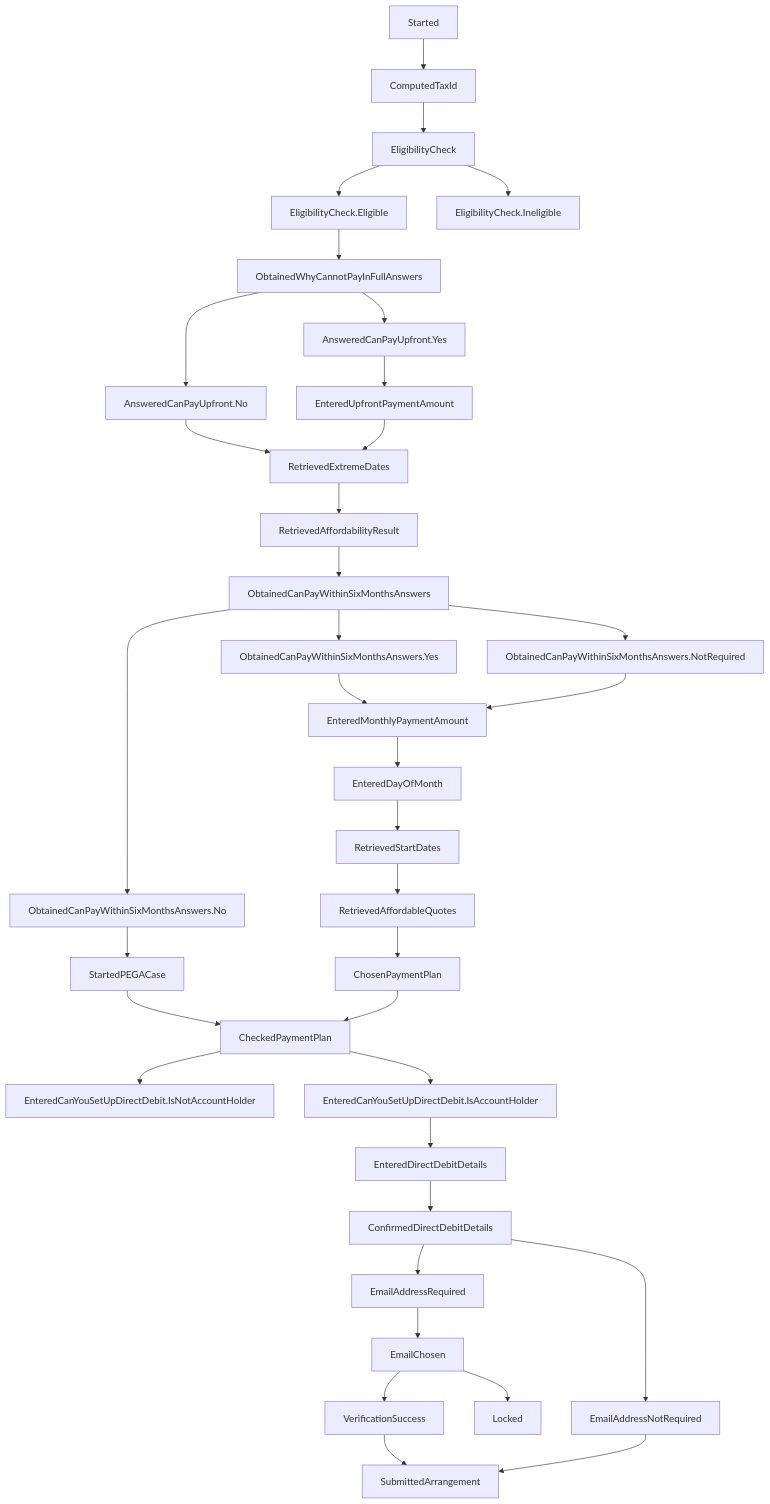
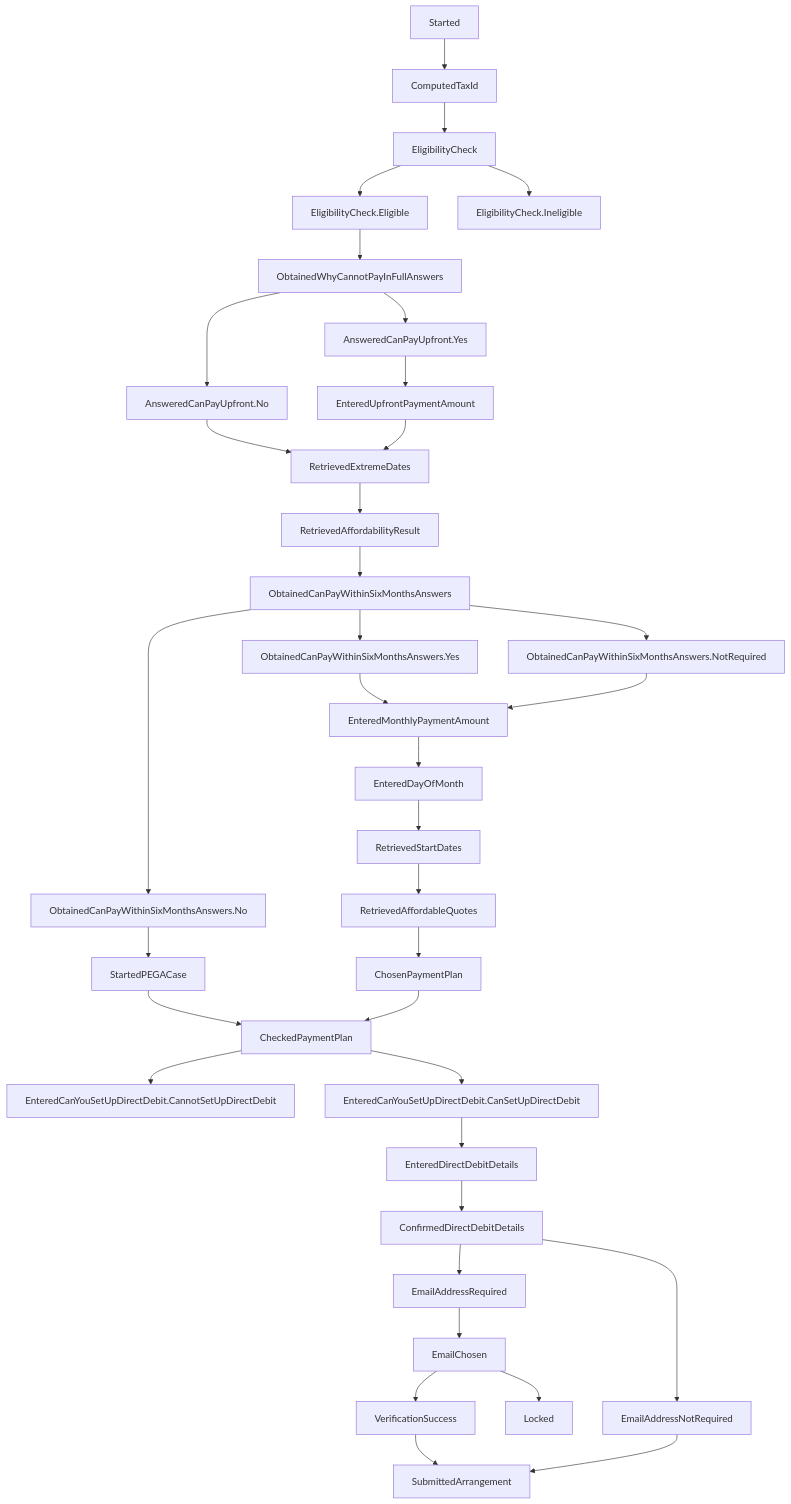
One commit to hmrc/essttp-backend changed the diagram in README.md. Above: the diagram before and after it, drawn with Mermaid.

Commit message:
[KN][OPS-12250] README

````diff
--- a/README.md
+++ b/README.md
@@ -38,37 +38,37 @@
 ```mermaid
 graph TD;
     Started --> ComputedTaxId;
     ComputedTaxId --> EligibilityCheck;
     EligibilityCheck --> EligibilityCheck.Eligible;
     EligibilityCheck --> EligibilityCheck.Ineligible;
     EligibilityCheck.Eligible --> ObtainedWhyCannotPayInFullAnswers;
     ObtainedWhyCannotPayInFullAnswers --> AnsweredCanPayUpfront.Yes;
     ObtainedWhyCannotPayInFullAnswers --> AnsweredCanPayUpfront.No;
     AnsweredCanPayUpfront.No --> RetrievedExtremeDates;
     AnsweredCanPayUpfront.Yes --> EnteredUpfrontPaymentAmount --> RetrievedExtremeDates;
     RetrievedExtremeDates --> RetrievedAffordabilityResult;
     RetrievedAffordabilityResult --> ObtainedCanPayWithinSixMonthsAnswers;
     ObtainedCanPayWithinSixMonthsAnswers --> ObtainedCanPayWithinSixMonthsAnswers.Yes;
     ObtainedCanPayWithinSixMonthsAnswers --> ObtainedCanPayWithinSixMonthsAnswers.No;
     ObtainedCanPayWithinSixMonthsAnswers --> ObtainedCanPayWithinSixMonthsAnswers.NotRequired;
     ObtainedCanPayWithinSixMonthsAnswers.Yes --> EnteredMonthlyPaymentAmount;
     ObtainedCanPayWithinSixMonthsAnswers.No --> StartedPEGACase;
     StartedPEGACase --> CheckedPaymentPlan;
     ObtainedCanPayWithinSixMonthsAnswers.NotRequired --> EnteredMonthlyPaymentAmount;
     EnteredMonthlyPaymentAmount --> EnteredDayOfMonth;
     EnteredDayOfMonth --> RetrievedStartDates;
     RetrievedStartDates --> RetrievedAffordableQuotes;
     RetrievedAffordableQuotes --> ChosenPaymentPlan;
     ChosenPaymentPlan --> CheckedPaymentPlan;
-    CheckedPaymentPlan --> EnteredCanYouSetUpDirectDebit.IsNotAccountHolder;
-    CheckedPaymentPlan --> EnteredCanYouSetUpDirectDebit.IsAccountHolder;
-    EnteredCanYouSetUpDirectDebit.IsAccountHolder --> EnteredDirectDebitDetails;
+    CheckedPaymentPlan --> EnteredCanYouSetUpDirectDebit.CannotSetUpDirectDebit;
+    CheckedPaymentPlan --> EnteredCanYouSetUpDirectDebit.CanSetUpDirectDebit;
+    EnteredCanYouSetUpDirectDebit.CanSetUpDirectDebit --> EnteredDirectDebitDetails;
     EnteredDirectDebitDetails --> ConfirmedDirectDebitDetails;
     ConfirmedDirectDebitDetails --> EmailAddressRequired;
     ConfirmedDirectDebitDetails --> EmailAddressNotRequired;
     EmailAddressRequired --> EmailChosen;
     EmailChosen --> Locked;
     EmailChosen --> VerificationSuccess;
     VerificationSuccess --> SubmittedArrangement;
     EmailAddressNotRequired --> SubmittedArrangement;
 ```
````
